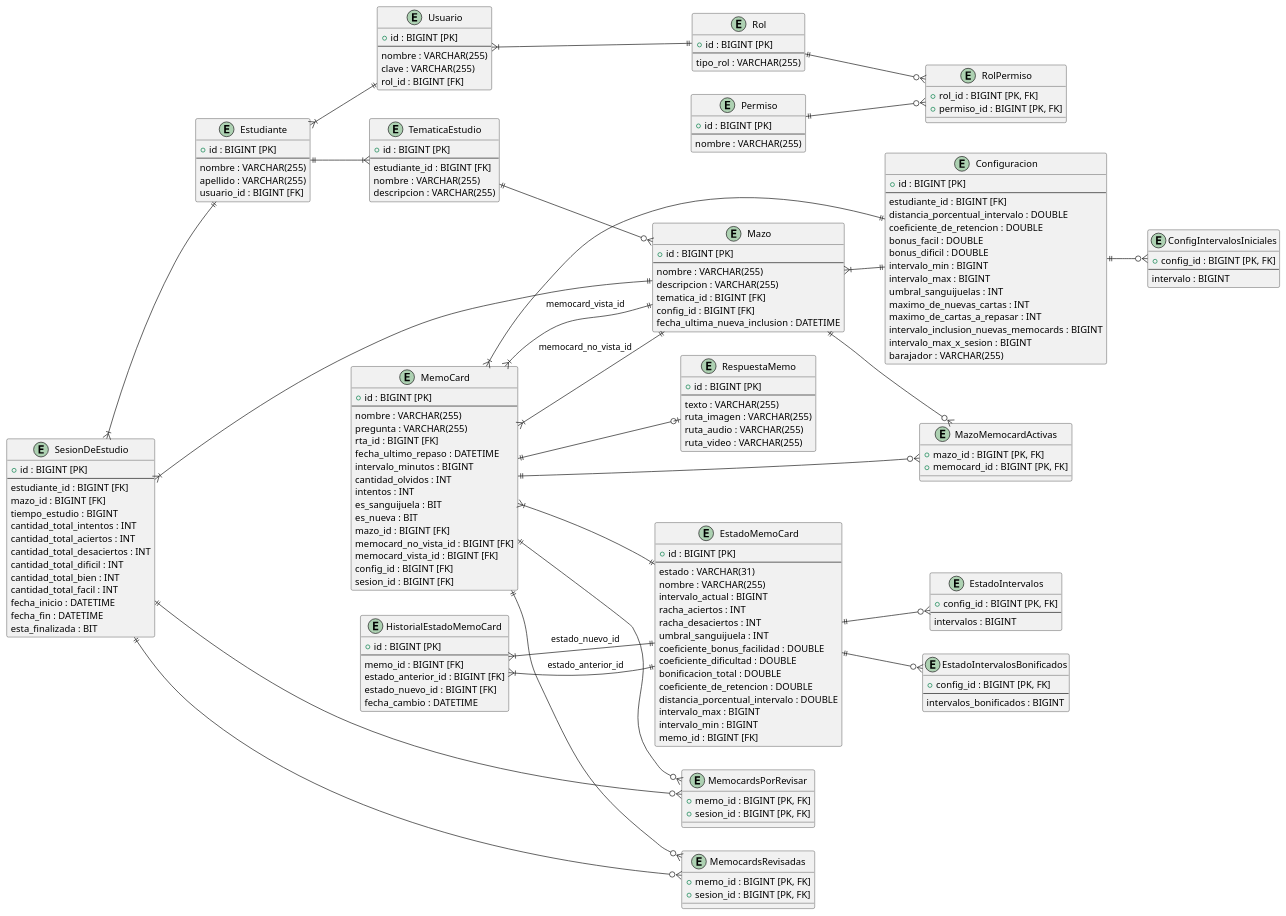
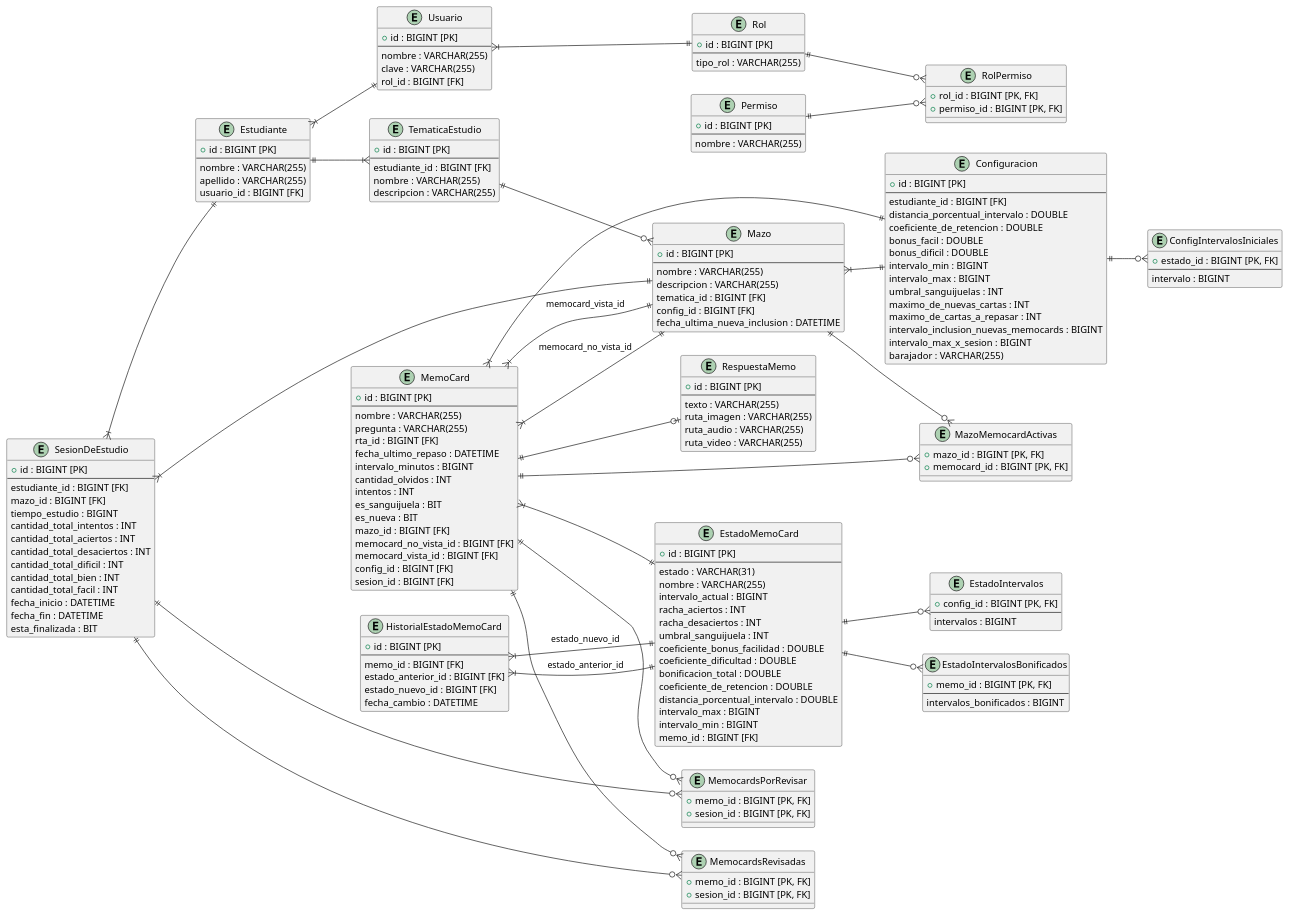
The diagram in documentation/diagrams/DiagramaDeEntidadRelacion.puml (nehuen-b-a/MemoCards), drawn with PlantUML before and after one commit.

Commit message:
documentation: actualizo el DER

```diff
--- a/documentation/diagrams/DiagramaDeEntidadRelacion.puml
+++ b/documentation/diagrams/DiagramaDeEntidadRelacion.puml
@@ -72,7 +72,7 @@
 }
 
 entity ConfigIntervalosIniciales {
-    + config_id : BIGINT [PK, FK]
+    + estado_id : BIGINT [PK, FK]
     --
     intervalo : BIGINT
 }
@@ -123,7 +123,7 @@
 }
 
 entity EstadoIntervalosBonificados {
-    + config_id : BIGINT [PK, FK]
+    + memo_id : BIGINT [PK, FK]
     --
     intervalos_bonificados : BIGINT
 }
```
